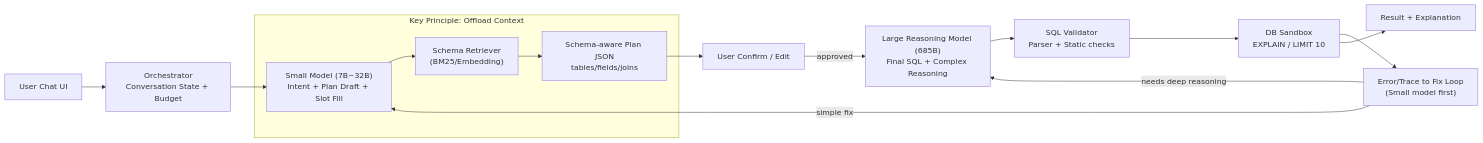
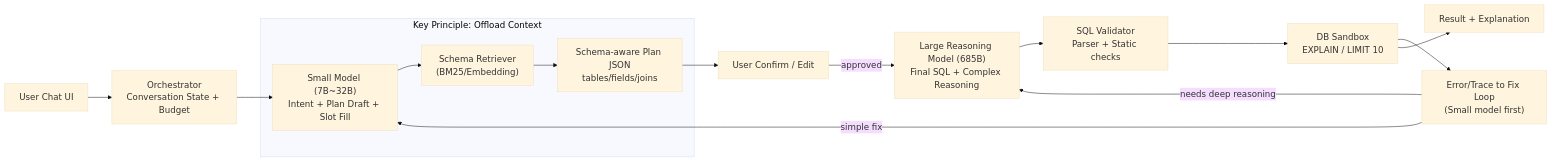
Before and after one commit to hz1957/AI-Notes: the diagram in agent/architecture-patterns.md, drawn with Mermaid. The commit also changed 1 other file, not shown here.

Commit message:
docs: translate performance tuning guide and enhance Mermaid syntax
- Translate performance-tuning.md from Chinese to English
- Add Mermaid initialization directives to improve diagram rendering in architecture-patterns.md and performance-tuning.md
- Update diagram labels and subgraph text to English

````diff
--- a/agent/architecture-patterns.md
+++ b/agent/architecture-patterns.md
@@ -19,21 +19,22 @@
 ```mermaid
+%%{init: {'theme':'base', 'themeVariables': { 'fontSize':'18px', 'fontFamily':'Arial'}}}%%
 flowchart LR
   UI["User Chat UI"] --> ORCH["Orchestrator<br/>Conversation State + Budget"]
   ORCH --> SM["Small Model (7B~32B)<br/>Intent + Plan Draft + Slot Fill"]
   SM --> RET["Schema Retriever<br/>(BM25/Embedding)"]
   RET --> PLAN["Schema-aware Plan JSON<br/>tables/fields/joins"]
   PLAN --> UI_CONFIRM["User Confirm / Edit"]
   UI_CONFIRM -->|approved| BIG["Large Reasoning Model (685B)<br/>Final SQL + Complex Reasoning"]
   BIG --> VALID["SQL Validator<br/>Parser + Static checks"]
   VALID --> EXEC["DB Sandbox<br/>EXPLAIN / LIMIT 10"]
   EXEC --> FIX["Error/Trace to Fix Loop<br/>(Small model first)"]
   FIX -->|needs deep reasoning| BIG
   FIX -->|simple fix| SM
   EXEC --> OUT["Result + Explanation"]
 
   subgraph OffloadContext ["Key Principle: Offload Context"]
     SM
     RET
     PLAN
   end
 ```
````
